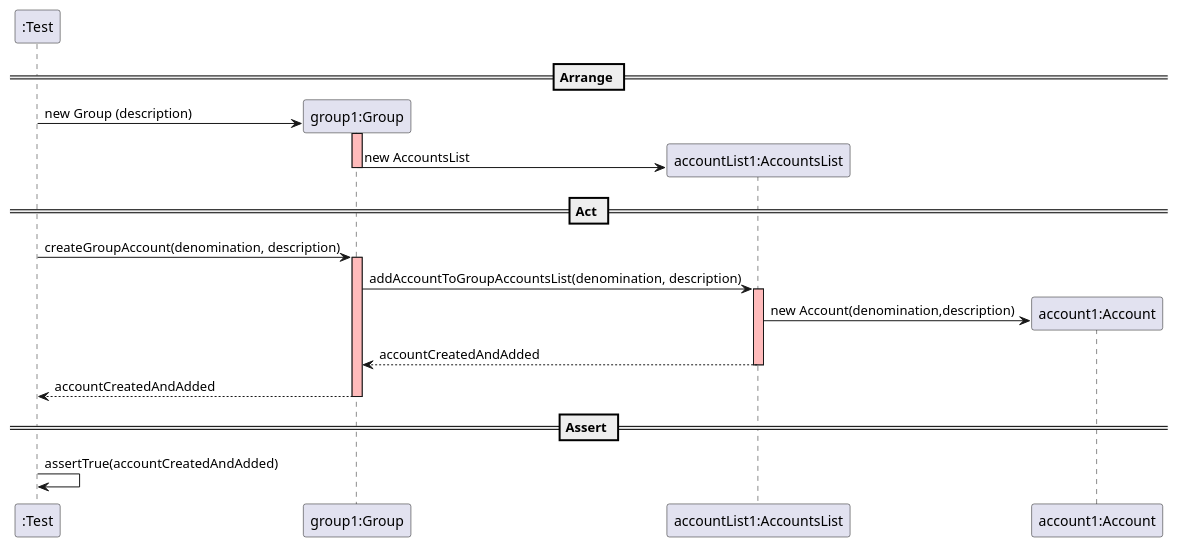
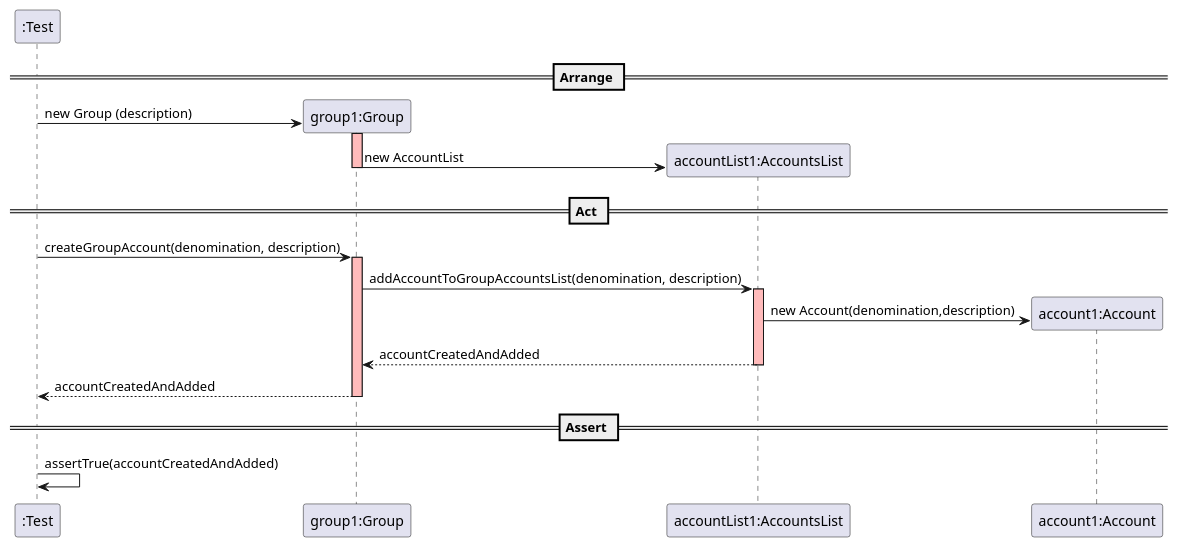
Before and after one commit to mleitaoribeiro/DevOpsMaven: the diagram in docs/SequenceDiagram - UserStory7.puml, drawn with PlantUML. The commit also changed 1 other file, not shown here.

Commit message:
ref #306 - User Story 2: Group creation by the system manager ref #230

```diff
--- a/docs/SequenceDiagram - UserStory7.puml
+++ b/docs/SequenceDiagram - UserStory7.puml
@@ -1,36 +1,36 @@
 @startuml
 
 create ":Test"
 
 == Arrange ==
 
 create "group1:Group"
 ":Test" -> "group1:Group" : new Group (description)
 activate "group1:Group" #FFBBBB
 
 create "accountList1:AccountsList"
-"group1:Group" -> "accountList1:AccountsList" : new AccountsList
+"group1:Group" -> "accountList1:AccountsList" : new AccountList
 deactivate "group1:Group" #FFBBBB
 
 == Act ==
 
 ":Test" -> "group1:Group" : createGroupAccount(denomination, description)
 activate "group1:Group" #FFBBBB
 
 "group1:Group" -> "accountList1:AccountsList" : addAccountToGroupAccountsList(denomination, description)
 activate "accountList1:AccountsList" #FFBBBB
 
 create "account1:Account"
 "accountList1:AccountsList" -> "account1:Account" : new Account(denomination,description)
 
 "accountList1:AccountsList" --> "group1:Group" : accountCreatedAndAdded
 deactivate "accountList1:AccountsList" #FFBBBB
 
 "group1:Group" --> ":Test" : accountCreatedAndAdded
 deactivate "group1:Group" #FFBBBB
 
 == Assert ==
 
 ":Test" -> ":Test" : assertTrue(accountCreatedAndAdded)
 
 @enduml
```
